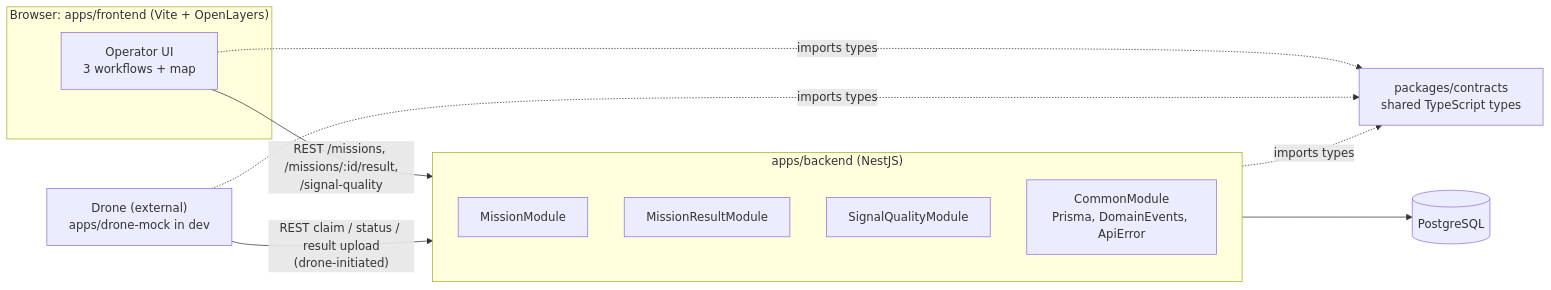
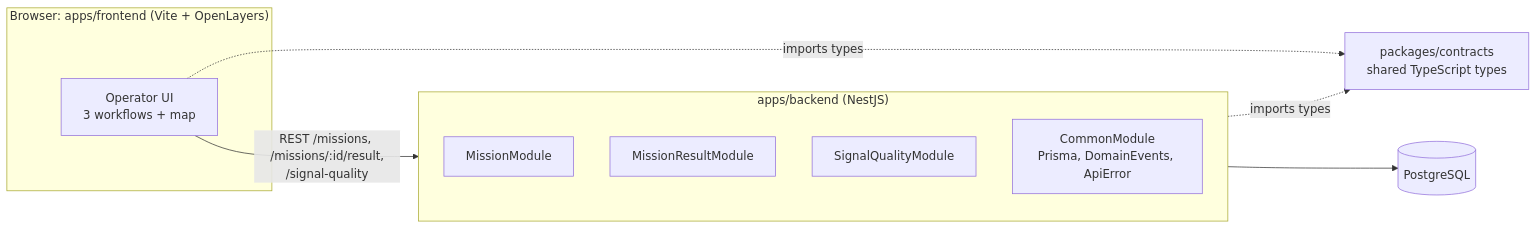
Before and after one commit to ademby/Telecom-Drone-Drive-Test-Platform: the third of 5 diagrams in docs/architecture-diagrams.md, drawn with Mermaid. The commit also changed other lines of this file and 17 other files, not shown here.

Commit message:
remove drone-mock

````diff
--- a/docs/architecture-diagrams.md
+++ b/docs/architecture-diagrams.md
@@ -85,26 +85,23 @@
 ```mermaid
 flowchart LR
     subgraph Browser["Browser: apps/frontend (Vite + OpenLayers)"]
         UI["Operator UI<br/>3 workflows + map"]
     end
 
     subgraph Backend["apps/backend (NestJS)"]
         direction TB
         MM["MissionModule"]
         MRM["MissionResultModule"]
         SQM["SignalQualityModule"]
         CM["CommonModule<br/>Prisma, DomainEvents, ApiError"]
     end
 
     DB[("PostgreSQL")]
-    DRONE["Drone (external)<br/>apps/drone-mock in dev"]
     CONTRACTS["packages/contracts<br/>shared TypeScript types"]
 
     UI -- "REST /missions, /missions/:id/result,<br/>/signal-quality" --> Backend
-    DRONE -- "REST claim / status / result upload<br/>(drone-initiated)" --> Backend
     Backend --> DB
 
     UI -. "imports types" .-> CONTRACTS
     Backend -. "imports types" .-> CONTRACTS
-    DRONE -. "imports types" .-> CONTRACTS
 ```
````
